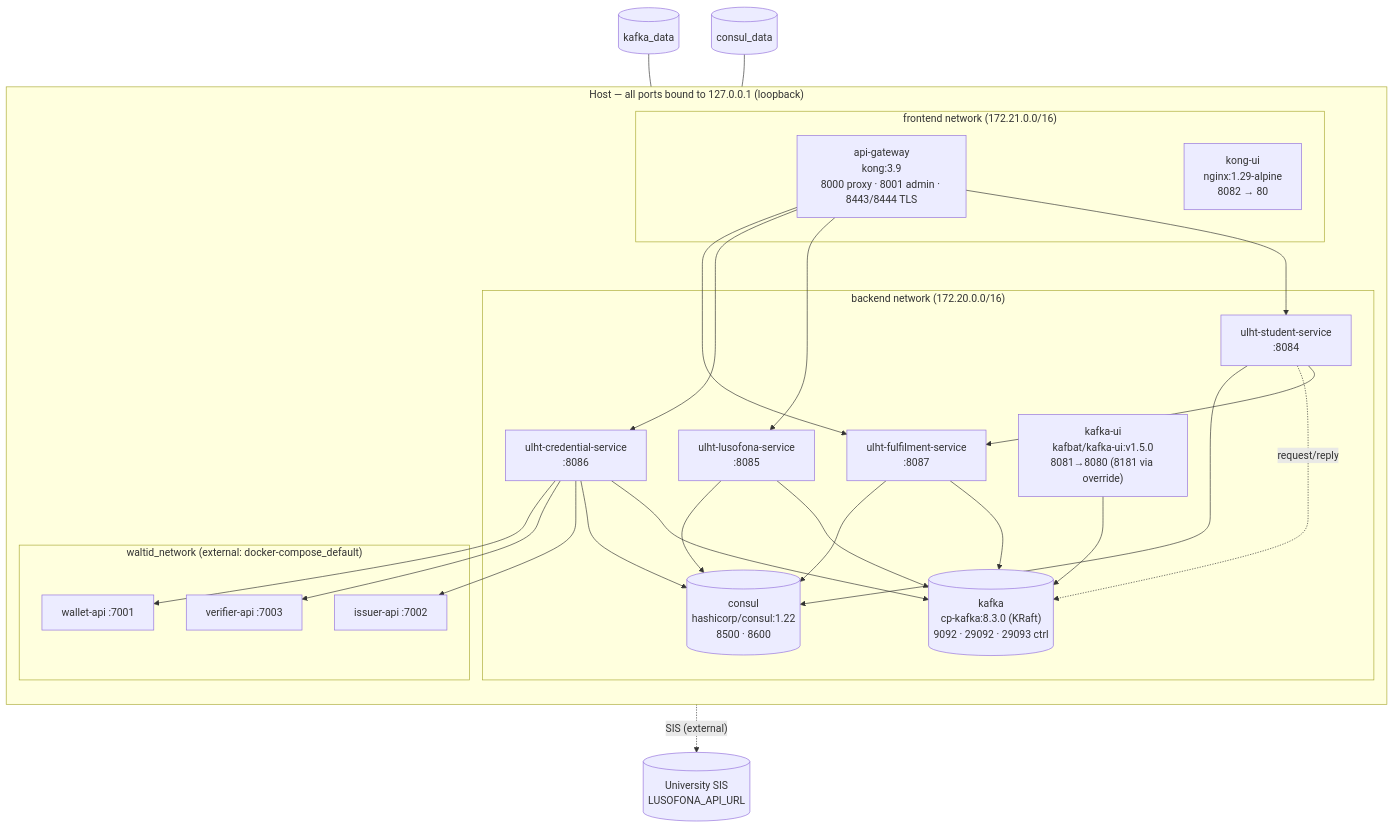
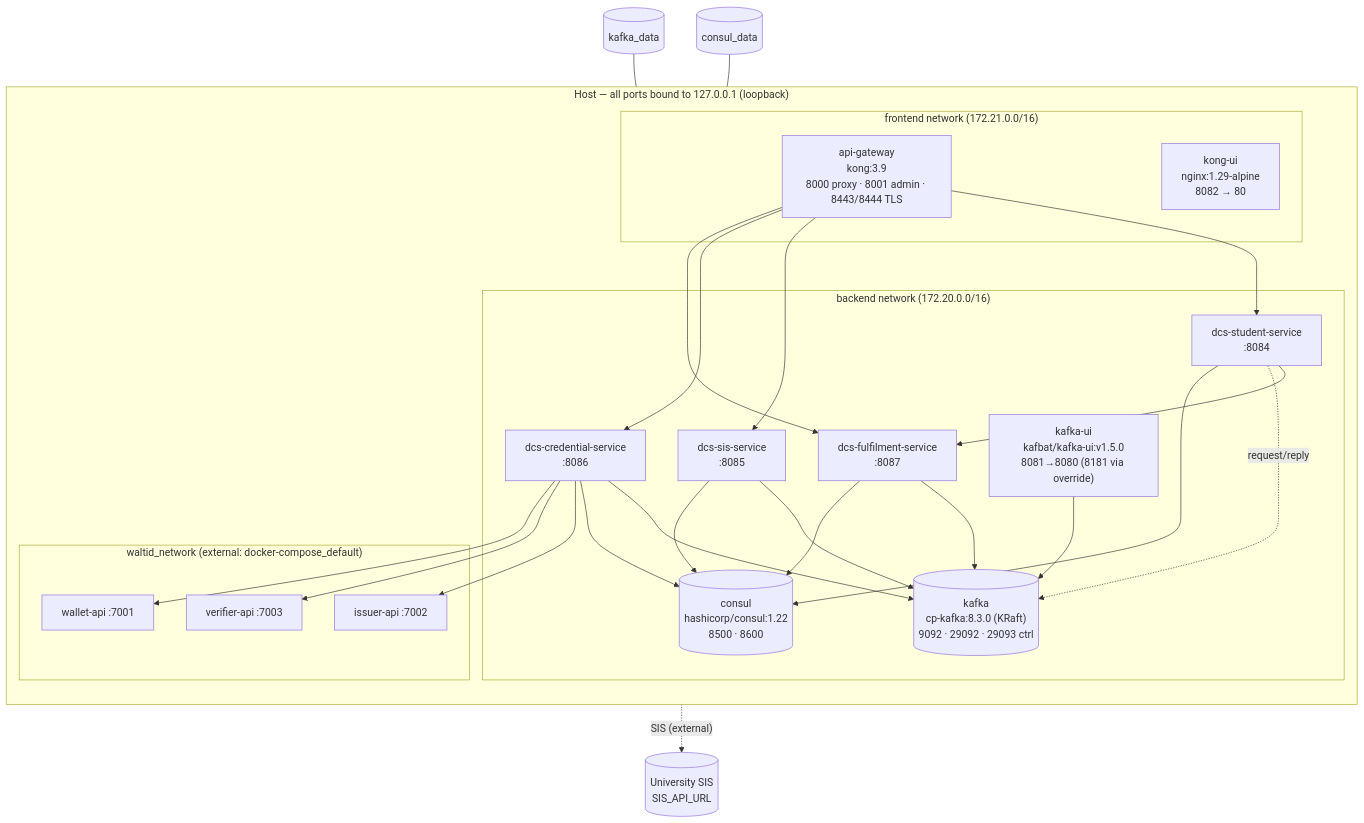
One commit to marcelogdomingues/ulht-dcs-public changed the first of 3 diagrams in docs/DEPLOYMENT.md. Above: the diagram before and after it, drawn with Mermaid. The commit also changed other lines of this file and 600 other files, not shown here.

````diff
--- a/docs/DEPLOYMENT.md
+++ b/docs/DEPLOYMENT.md
@@ -44,44 +44,44 @@
 ```mermaid
 flowchart TB
     subgraph host["Host — all ports bound to 127.0.0.1 (loopback)"]
         direction TB
 
         subgraph frontend["frontend network (172.21.0.0/16)"]
             kong["api-gateway<br/>kong:3.9<br/>8000 proxy · 8001 admin · 8443/8444 TLS"]
             kongui["kong-ui<br/>nginx:1.29-alpine<br/>8082 → 80"]
         end
 
         subgraph backend["backend network (172.20.0.0/16)"]
             kafka[("kafka<br/>cp-kafka:8.3.0 (KRaft)<br/>9092 · 29092 · 29093 ctrl")]
             consul[("consul<br/>hashicorp/consul:1.22<br/>8500 · 8600")]
             kui["kafka-ui<br/>kafbat/kafka-ui:v1.5.0<br/>8081→8080 (8181 via override)"]
-            student["ulht-student-service<br/>:8084"]
-            lusofona["ulht-lusofona-service<br/>:8085"]
-            credential["ulht-credential-service<br/>:8086"]
-            fulfilment["ulht-fulfilment-service<br/>:8087"]
+            student["dcs-student-service<br/>:8084"]
+            sis["dcs-sis-service<br/>:8085"]
+            credential["dcs-credential-service<br/>:8086"]
+            fulfilment["dcs-fulfilment-service<br/>:8087"]
         end
 
         subgraph waltid["waltid_network (external: docker-compose_default)"]
             issuer["issuer-api :7002"]
             verifier["verifier-api :7003"]
             wallet["wallet-api :7001"]
         end
     end
 
-    kong --> student & lusofona & credential & fulfilment
+    kong --> student & sis & credential & fulfilment
     student --> fulfilment
     student -. request/reply .-> kafka
-    lusofona --> kafka
+    sis --> kafka
     credential --> kafka
     fulfilment --> kafka
     student --> consul
-    lusofona --> consul
+    sis --> consul
     credential --> consul
     fulfilment --> consul
     kui --> kafka
     credential --> issuer & verifier & wallet
-    lusofona -. SIS (external) .-> ext[("University SIS<br/>LUSOFONA_API_URL")]
+    sis -. SIS (external) .-> ext[("University SIS<br/>SIS_API_URL")]
 
     vol1[("kafka_data")] --- kafka
     vol2[("consul_data")] --- consul
 ```
````
